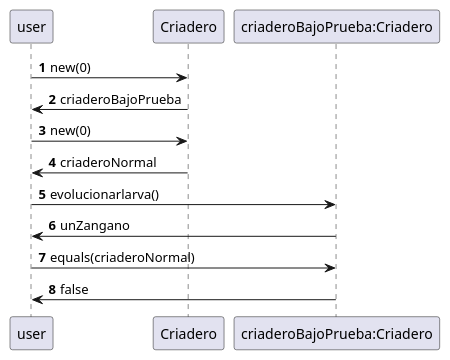
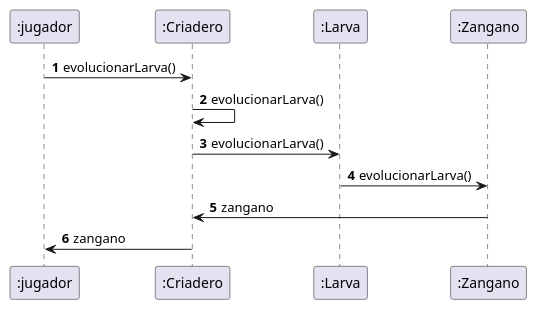
The diagram in diagrams/sequences/CasoDeUso1.puml (nicolasgirardi/algo3_TP2_AlgoStar), drawn with PlantUML before and after one commit. The commit also changed 2 other files, not shown here.

Commit message:
actualizo diagramas de secuencia

```diff
--- a/diagrams/sequences/CasoDeUso1.puml
+++ b/diagrams/sequences/CasoDeUso1.puml
@@ -1,18 +1,12 @@
 @startuml
 'https://plantuml.com/sequence-diagram
 
 autonumber
-user -> Criadero: new(0)
-Criadero -> user: criaderoBajoPrueba
-
-user -> Criadero: new(0)
-Criadero -> user: criaderoNormal
-
-user -> "criaderoBajoPrueba:Criadero": evolucionarlarva()
-
-"criaderoBajoPrueba:Criadero" -> user: unZangano
-
-user ->  "criaderoBajoPrueba:Criadero": equals(criaderoNormal)
-"criaderoBajoPrueba:Criadero" -> user: false
+":jugador" -> ":Criadero": evolucionarLarva()
+":Criadero" -> ":Criadero": evolucionarLarva()
+":Criadero" -> ":Larva": evolucionarLarva()
+":Larva" -> ":Zangano": evolucionarLarva()
+":Zangano" -> ":Criadero": zangano
+":Criadero" -> ":jugador": zangano
 
 @enduml
```
